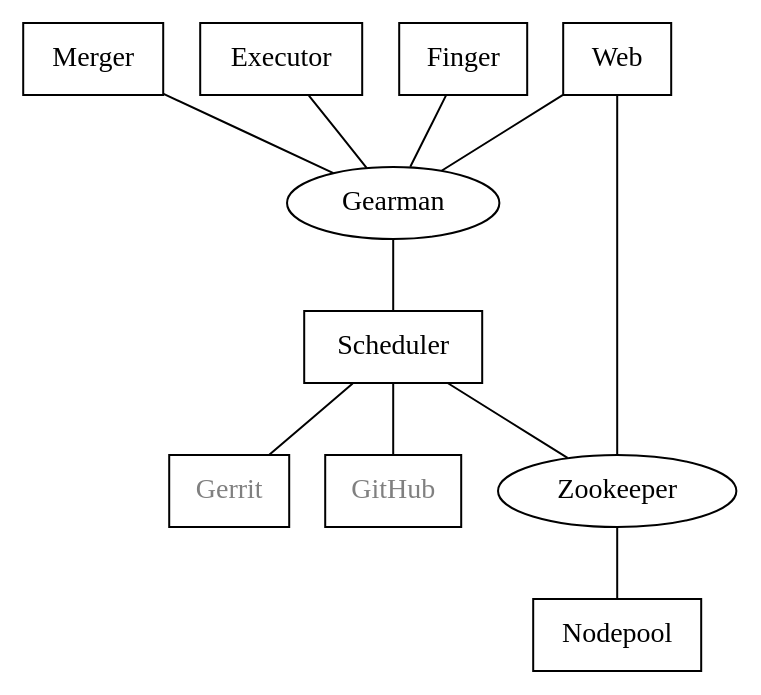
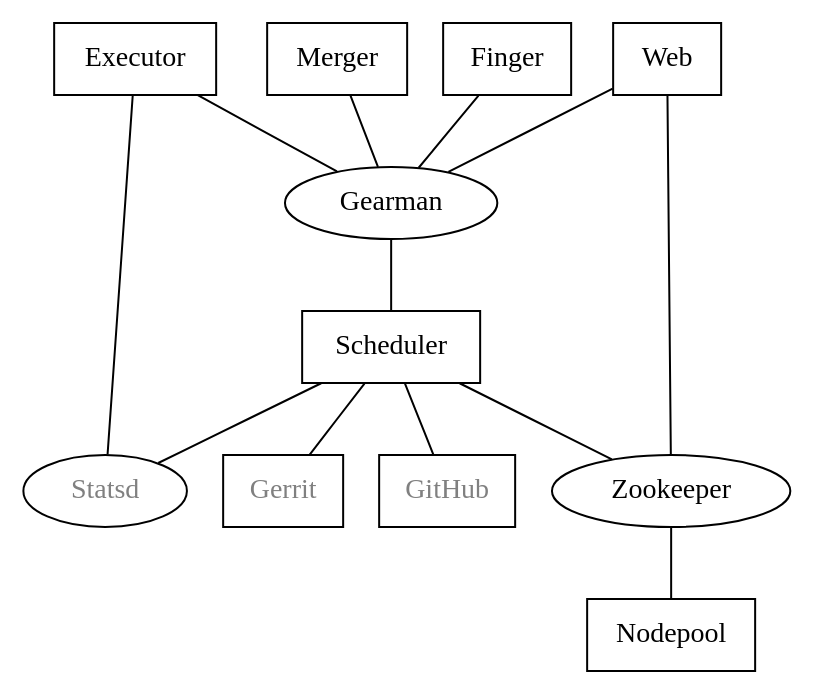
Before and after one commit to openstack-infra/zuul: the diagram in doc/source/admin/components.rst, drawn with Graphviz. The commit also changed other lines of this file, not shown here.

First line of the commit message:
Update component diagram to show statsd

```diff
--- a/doc/source/admin/components.rst
+++ b/doc/source/admin/components.rst
@@ -11,23 +11,26 @@
 .. graphviz::
    :align: center
 
    graph  {
       node [shape=box]
       Gearman [shape=ellipse]
       Gerrit [fontcolor=grey]
+      Statsd [shape=ellipse fontcolor=grey]
       Zookeeper [shape=ellipse]
       Nodepool
       GitHub [fontcolor=grey]
 
       Merger -- Gearman
       Executor -- Gearman
+      Executor -- Statsd
       Web -- Gearman
       Web -- Zookeeper
       Finger -- Gearman
 
       Gearman -- Scheduler;
       Scheduler -- Gerrit;
       Scheduler -- Zookeeper;
       Zookeeper -- Nodepool;
       Scheduler -- GitHub;
+      Scheduler -- Statsd;
    }
```
